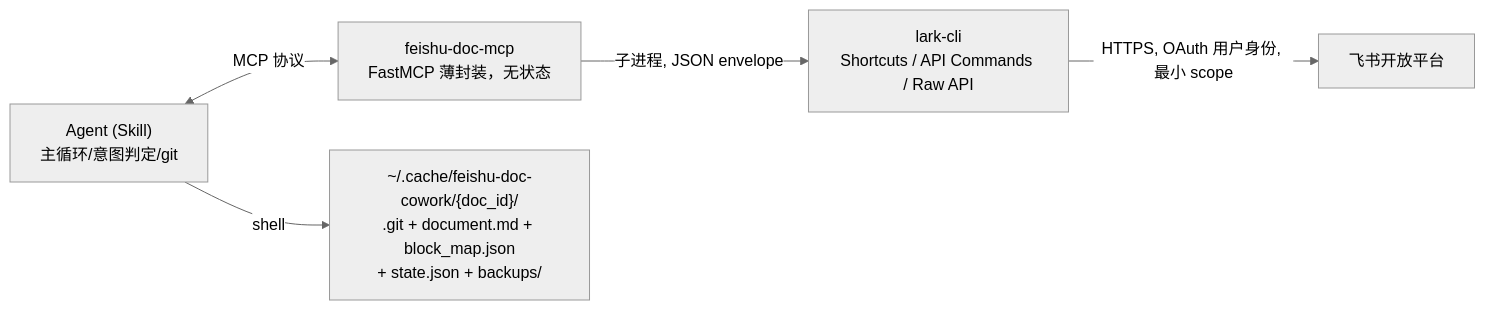
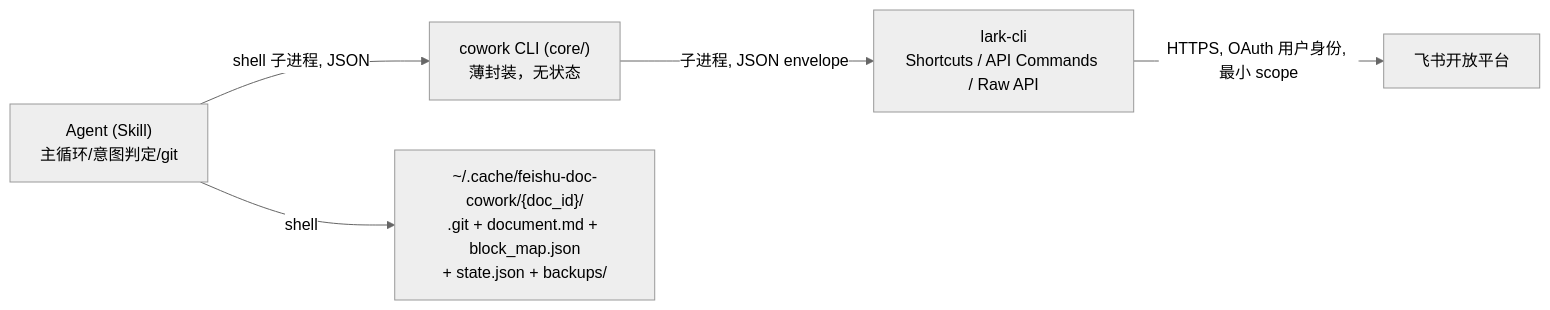
One commit to JokeAliens/feishu-doc-cowork changed the diagram in README.md. Above: the diagram before and after it, drawn with Mermaid (neutral theme). The commit also changed other lines of this file and 41 other files, not shown here.

First line of the commit message:
refactor: remove MCP layer entirely — cowork CLI replaces FastMCP server (D2 v0.2)

````diff
--- a/README.md
+++ b/README.md
@@ -7,7 +9,7 @@
 ```mermaid
 flowchart LR
-    A["Agent (Skill)<br/>主循环/意图判定/git"] <-->|MCP 协议| B["feishu-doc-mcp<br/>FastMCP 薄封装，无状态"]
+    A["Agent (Skill)<br/>主循环/意图判定/git"] -->|shell 子进程, JSON| B["cowork CLI (core/)<br/>薄封装，无状态"]
     B -->|子进程, JSON envelope| C["lark-cli<br/>Shortcuts / API Commands / Raw API"]
     C -->|HTTPS, OAuth 用户身份, 最小 scope| D["飞书开放平台"]
     A -->|shell| E["~/.cache/feishu-doc-cowork/{doc_id}/<br/>.git + document.md + block_map.json<br/>+ state.json + backups/"]
 ```
````
